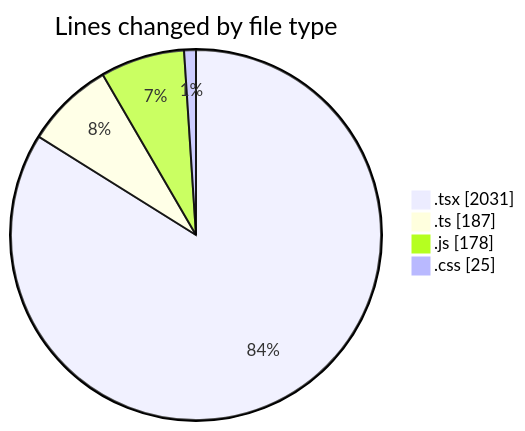
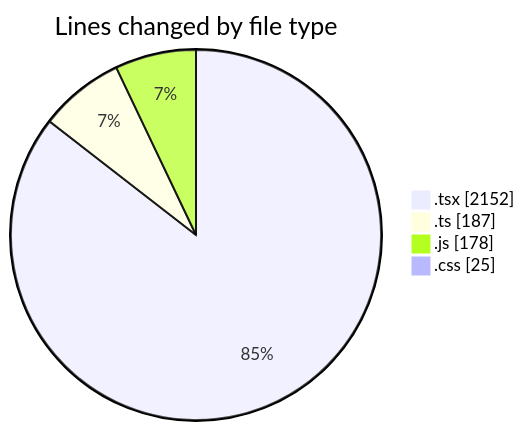
The first of 2 diagrams in 2025-02-03/mbc-web/README.md (robertbonfada/code-tracking), drawn with Mermaid before and after one commit. The commit also changed other lines of this file and 1 other file, not shown here.

````diff
--- a/2025-02-03/mbc-web/README.md
+++ b/2025-02-03/mbc-web/README.md
@@ -32,8 +32,8 @@
 ```mermaid
 pie showData
 title Lines changed by file type
-".tsx" : 2031
+".tsx" : 2152
 ".ts" : 187
 ".js" : 178
 ".css" : 25
 ```
````
